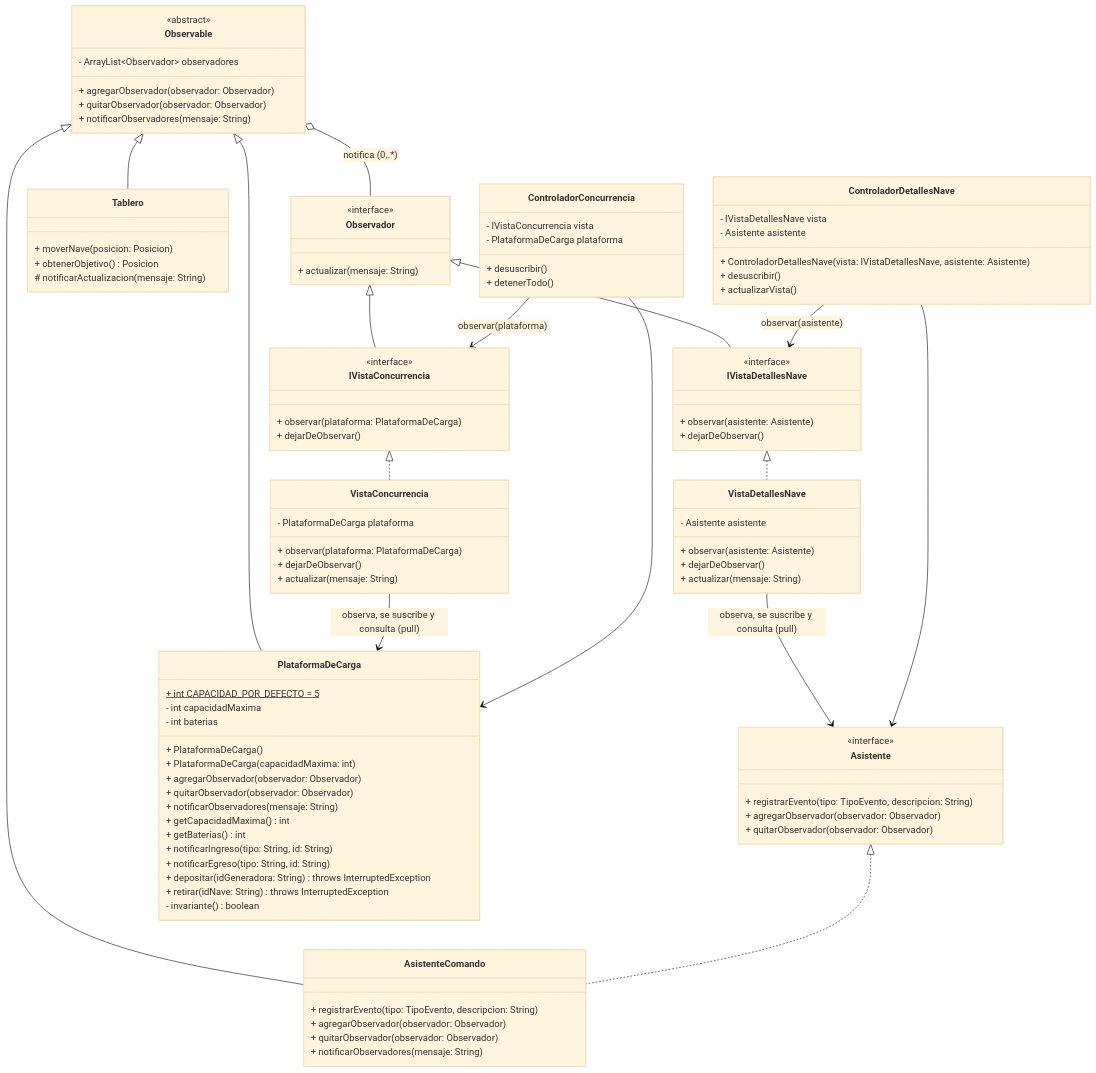
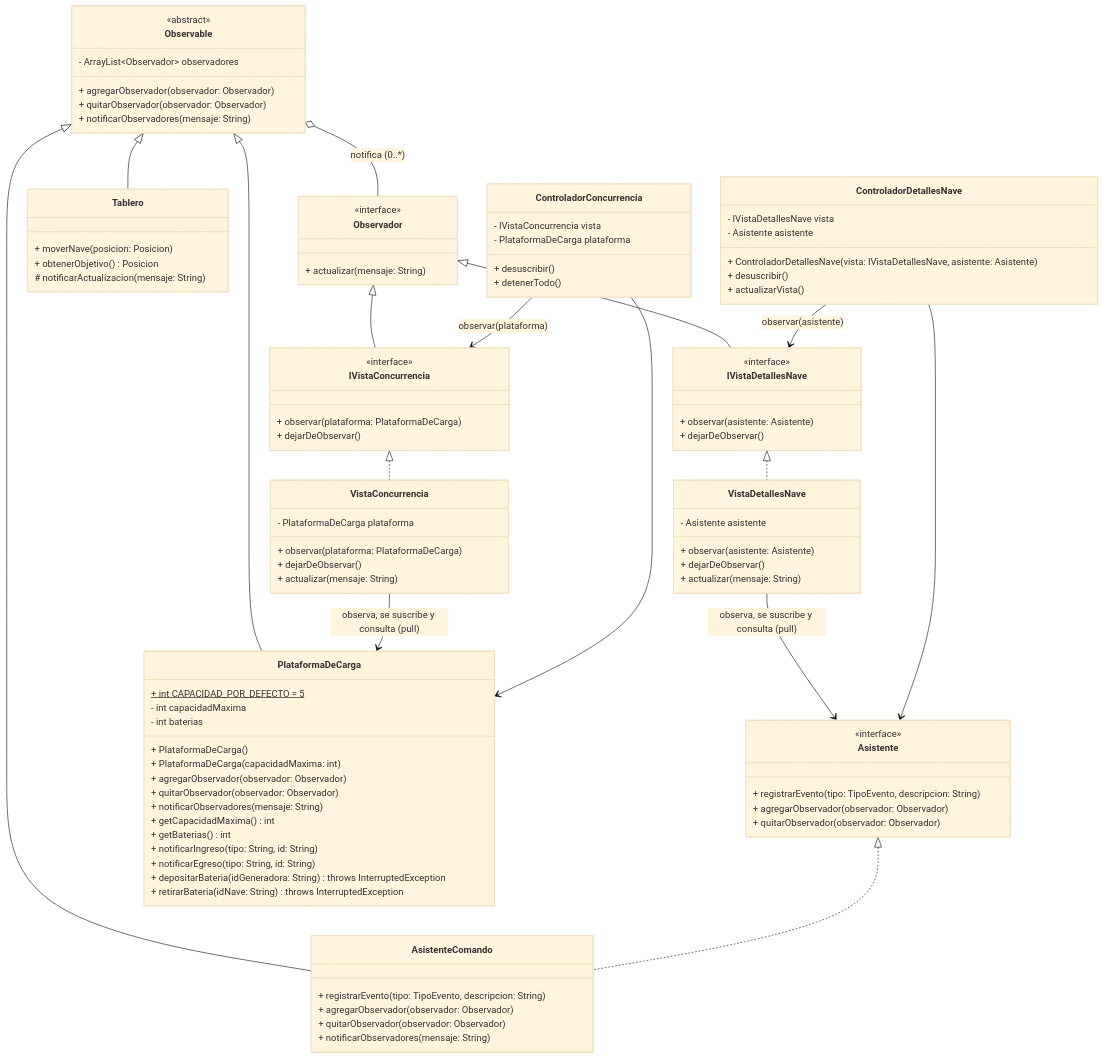
One commit to josesarregui/tpg-programacion-c-nave changed the tenth of 11 diagrams in docs/diagrama_clases.md. Above: the diagram before and after it, drawn with Mermaid (base theme). The commit also changed other lines of this file and 13 other files, not shown here.

```diff
--- a/docs/diagrama_clases.md
+++ b/docs/diagrama_clases.md
@@ -1221,9 +1225,8 @@
         + getBaterias() int
         + notificarIngreso(tipo: String, id: String)
         + notificarEgreso(tipo: String, id: String)
-        + depositar(idGeneradora: String) throws InterruptedException
-        + retirar(idNave: String) throws InterruptedException
-        - invariante() boolean
+        + depositarBateria(idGeneradora: String) throws InterruptedException
+        + retirarBateria(idNave: String) throws InterruptedException
     }
     class IVistaDetallesNave {
         <<interface>>
```
